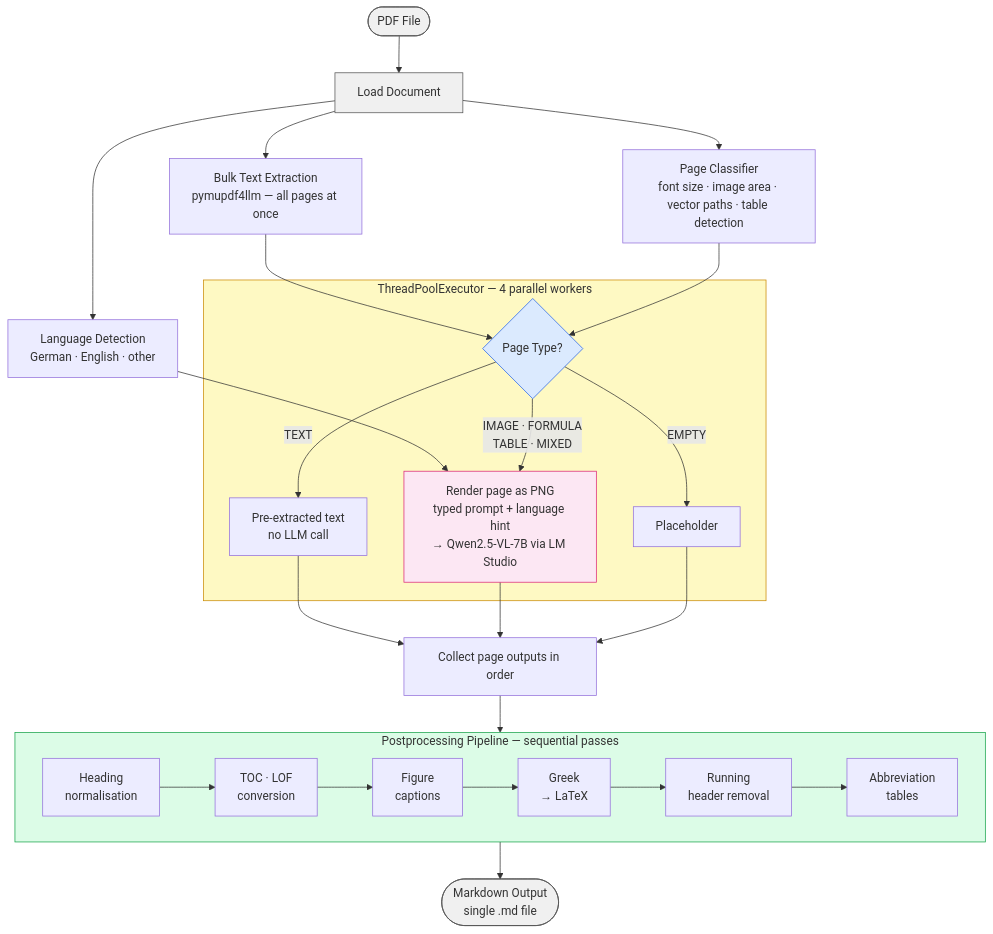
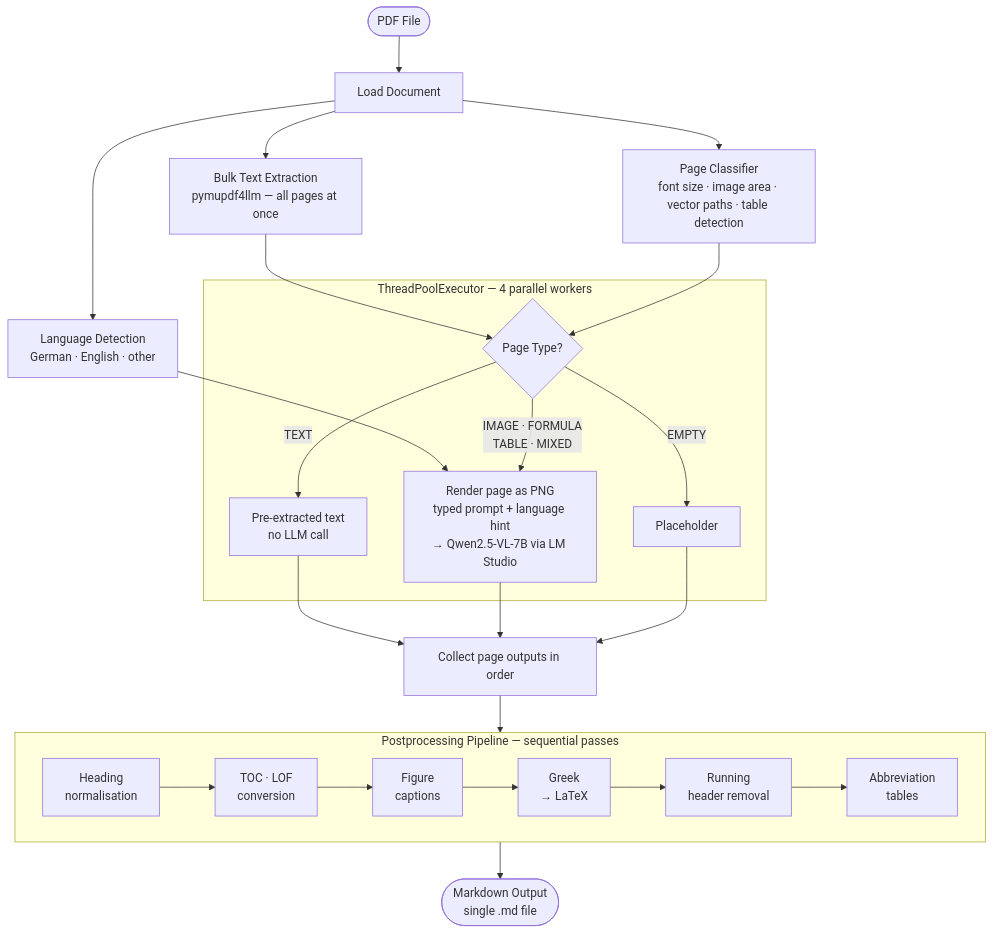
Before and after one commit to noormartini/pdf2md: the diagram in Thesis_Paper/images/architecture.mmd, drawn with Mermaid. The commit also changed 1 other file, not shown here.

Commit message:
Update architecture diagram to clean black-and-white flowchart
Removed all fill colors — default Mermaid theme with white background
and dark borders. More appropriate for academic thesis.

```diff
--- a/Thesis_Paper/images/architecture.mmd
+++ b/Thesis_Paper/images/architecture.mmd
@@ -1,37 +1,29 @@
 flowchart TD
     A([PDF File]) --> LOAD[Load Document]
 
     LOAD --> BULK["Bulk Text Extraction\npymupdf4llm — all pages at once"]
     LOAD --> LANG["Language Detection\nGerman · English · other"]
     LOAD --> CLASS["Page Classifier\nfont size · image area · vector paths · table detection"]
 
     BULK --> PG
     CLASS --> PG
     LANG --> PV
 
     subgraph POOL["ThreadPoolExecutor — 4 parallel workers"]
         PG{Page Type?}
         PG -->|TEXT| PT["Pre-extracted text\nno LLM call"]
         PG -->|"IMAGE · FORMULA\nTABLE · MIXED"| PV["Render page as PNG\ntyped prompt + language hint\n→ Qwen2.5-VL-7B via LM Studio"]
         PG -->|EMPTY| PE[Placeholder]
     end
 
     PT --> COL[Collect page outputs in order]
     PV --> COL
     PE --> COL
 
     subgraph POST["Postprocessing Pipeline — sequential passes"]
         direction LR
         PP1["Heading\nnormalisation"] --> PP2["TOC · LOF\nconversion"] --> PP3["Figure\ncaptions"] --> PP4["Greek\n→ LaTeX"] --> PP5["Running\nheader removal"] --> PP6["Abbreviation\ntables"]
     end
 
     COL --> POST
     POST --> OUT(["Markdown Output\nsingle .md file"])
-
-    style A fill:#f0f0f0,stroke:#555
-    style LOAD fill:#f0f0f0,stroke:#555
-    style OUT fill:#f0f0f0,stroke:#555
-    style POOL fill:#fef9c3,stroke:#ca8a04
-    style PG fill:#dbeafe,stroke:#2563eb
-    style PV fill:#fce7f3,stroke:#db2777
-    style POST fill:#dcfce7,stroke:#16a34a
```
